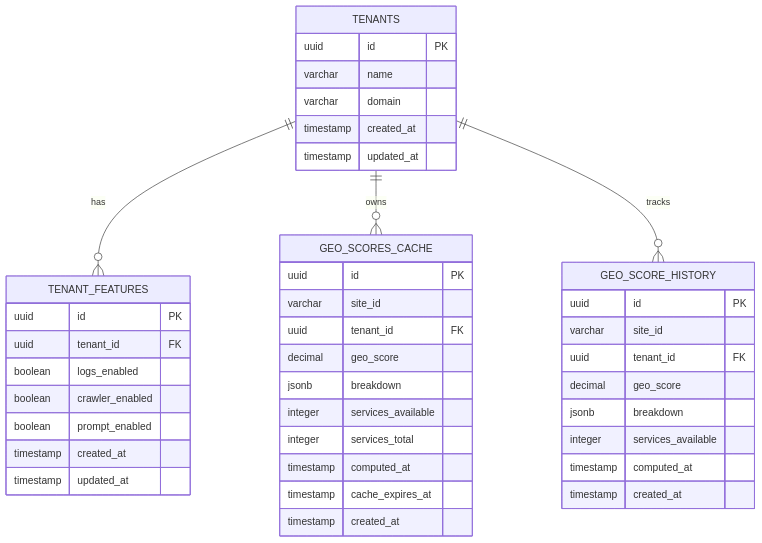
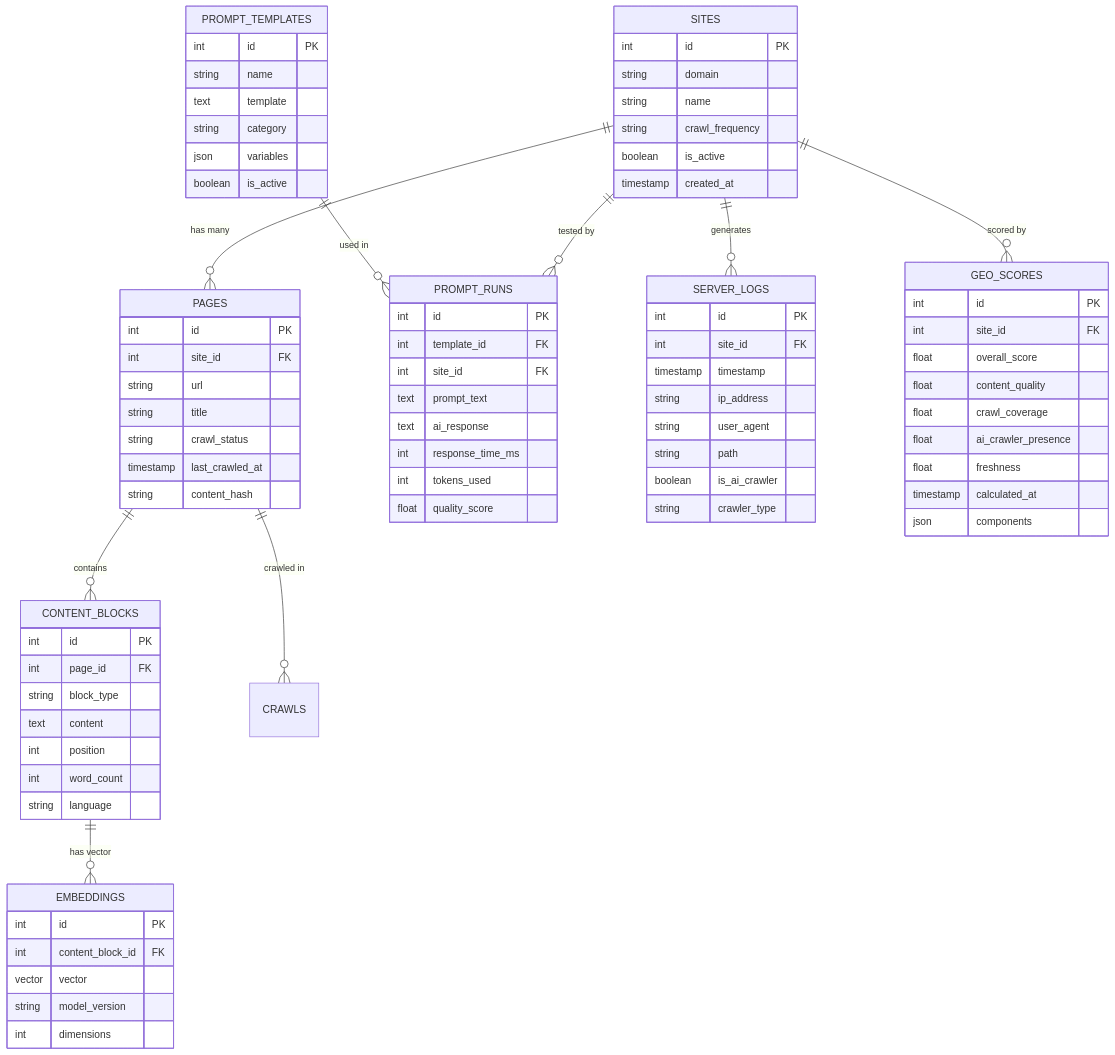
Before and after one commit to Shanisoni/Documentation: the first of 2 diagrams in Integration/Integration-2.md, drawn with Mermaid. The commit also changed other lines of this file, not shown here.

````diff
--- a/Integration/Integration-2.md
+++ b/Integration/Integration-2.md
@@ -511,48 +173,94 @@
 ```mermaid
 erDiagram
-    TENANTS ||--o{ TENANT_FEATURES : "has"
-    TENANTS ||--o{ GEO_SCORES_CACHE : "owns"
-    TENANTS ||--o{ GEO_SCORE_HISTORY : "tracks"
+    SITES ||--o{ PAGES : "has many"
+    SITES ||--o{ PROMPT_RUNS : "tested by"
+    SITES ||--o{ SERVER_LOGS : "generates"
+    SITES ||--o{ GEO_SCORES : "scored by"
     
-    TENANTS {
-        uuid id PK
-        varchar name
-        varchar domain
-        timestamp created_at
-        timestamp updated_at
-    }
+    PAGES ||--o{ CONTENT_BLOCKS : "contains"
+    PAGES ||--o{ CRAWLS : "crawled in"
     
-    TENANT_FEATURES {
-        uuid id PK
-        uuid tenant_id FK
-        boolean logs_enabled
-        boolean crawler_enabled
-        boolean prompt_enabled
-        timestamp created_at
-        timestamp updated_at
-    }
+    CONTENT_BLOCKS ||--o{ EMBEDDINGS : "has vector"
     
-    GEO_SCORES_CACHE {
-        uuid id PK
-        varchar site_id
-        uuid tenant_id FK
-        decimal geo_score
-        jsonb breakdown
-        integer services_available
-        integer services_total
-        timestamp computed_at
-        timestamp cache_expires_at
+    PROMPT_TEMPLATES ||--o{ PROMPT_RUNS : "used in"
+    
+    SITES {
+        int id PK
+        string domain
+        string name
+        string crawl_frequency
+        boolean is_active
         timestamp created_at
     }
     
-    GEO_SCORE_HISTORY {
-        uuid id PK
-        varchar site_id
-        uuid tenant_id FK
-        decimal geo_score
-        jsonb breakdown
-        integer services_available
-        timestamp computed_at
-        timestamp created_at
+    PAGES {
+        int id PK
+        int site_id FK
+        string url
+        string title
+        string crawl_status
+        timestamp last_crawled_at
+        string content_hash
+    }
+    
+    CONTENT_BLOCKS {
+        int id PK
+        int page_id FK
+        string block_type
+        text content
+        int position
+        int word_count
+        string language
+    }
+    
+    EMBEDDINGS {
+        int id PK
+        int content_block_id FK
+        vector vector
+        string model_version
+        int dimensions
+    }
+    
+    PROMPT_TEMPLATES {
+        int id PK
+        string name
+        text template
+        string category
+        json variables
+        boolean is_active
+    }
+    
+    PROMPT_RUNS {
+        int id PK
+        int template_id FK
+        int site_id FK
+        text prompt_text
+        text ai_response
+        int response_time_ms
+        int tokens_used
+        float quality_score
+    }
+    
+    SERVER_LOGS {
+        int id PK
+        int site_id FK
+        timestamp timestamp
+        string ip_address
+        string user_agent
+        string path
+        boolean is_ai_crawler
+        string crawler_type
+    }
+    
+    GEO_SCORES {
+        int id PK
+        int site_id FK
+        float overall_score
+        float content_quality
+        float crawl_coverage
+        float ai_crawler_presence
+        float freshness
+        timestamp calculated_at
+        json components
     }
 ```
````
